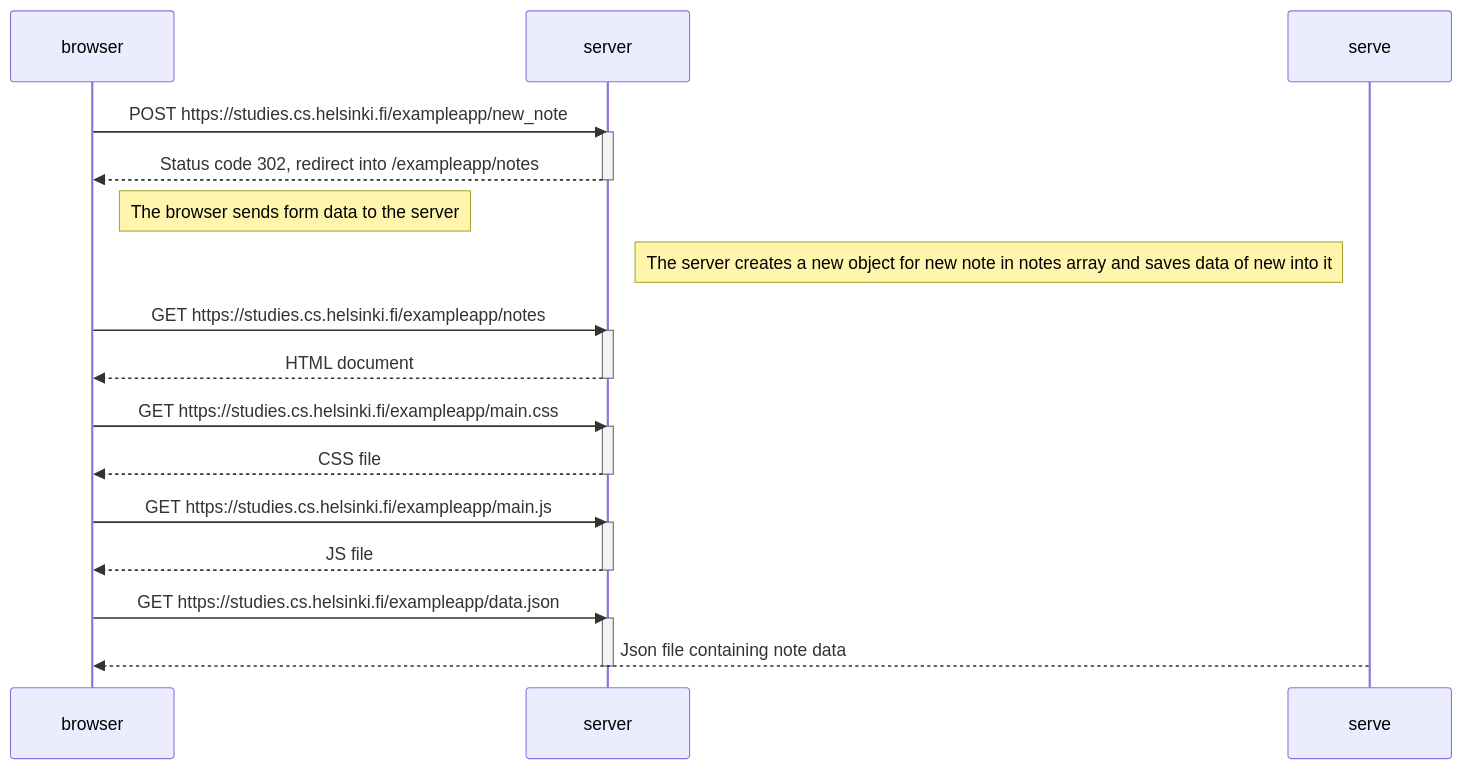
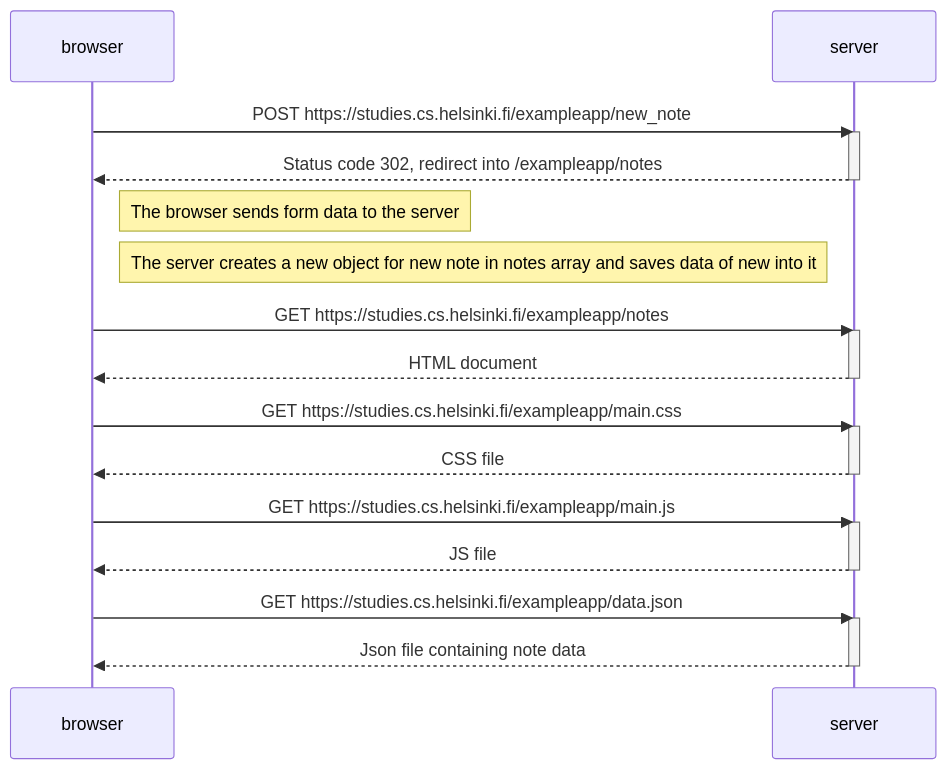
Before and after one commit to AnaZuida/Course_FullStackOpen: the diagram in osa0/0.4-uusi_muistiinpano.md, drawn with Mermaid.

Commit message:
Osa0 hotfix4

````diff
--- a/osa0/0.4-uusi_muistiinpano.md
+++ b/osa0/0.4-uusi_muistiinpano.md
@@ -1,33 +1,33 @@
 ```mermaid
 sequenceDiagram
 	participant browser
 	participant server
 
 	browser->>server: POST https://studies.cs.helsinki.fi/exampleapp/new_note
 	activate server
 	server-->>browser: Status code 302, redirect into /exampleapp/notes
 	deactivate server
 
 	Note right of browser: The browser sends form data to the server
-	Note right of server: The server creates a new object for new note in notes array and saves data of new into it
+	Note right of browser: The server creates a new object for new note in notes array and saves data of new into it
 
 	browser->>server: GET https://studies.cs.helsinki.fi/exampleapp/notes
 	activate server
 	server-->>browser: HTML document
 	deactivate server
 
 	browser->>server: GET https://studies.cs.helsinki.fi/exampleapp/main.css
 	activate server
 	server-->>browser: CSS file
 	deactivate server
 
 	browser->>server: GET https://studies.cs.helsinki.fi/exampleapp/main.js
 	activate server
 	server-->>browser: JS file
 	deactivate server
 
 	browser->>server: GET https://studies.cs.helsinki.fi/exampleapp/data.json
 	activate server
-	serve-->>browser: Json file containing note data
+	server-->>browser: Json file containing note data
 	deactivate server
 ```	 
````
